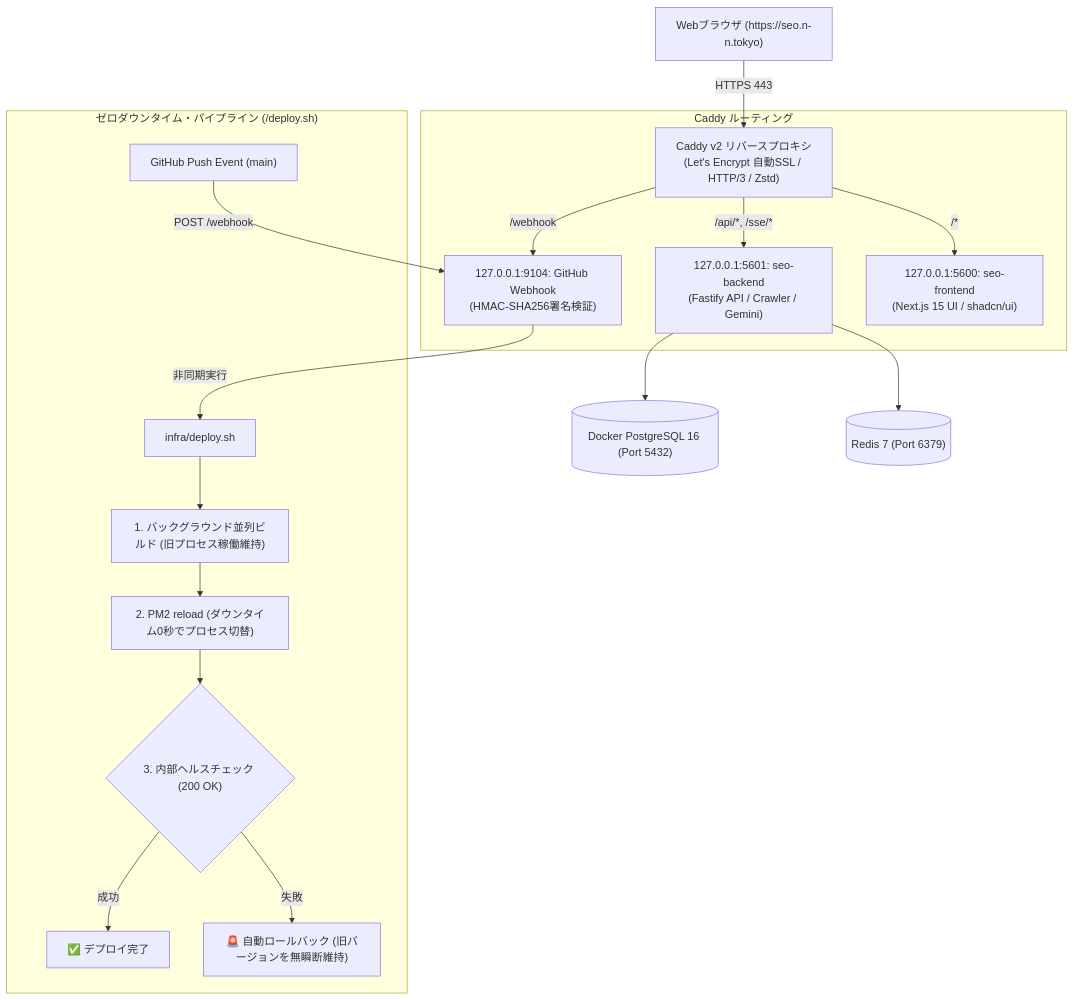
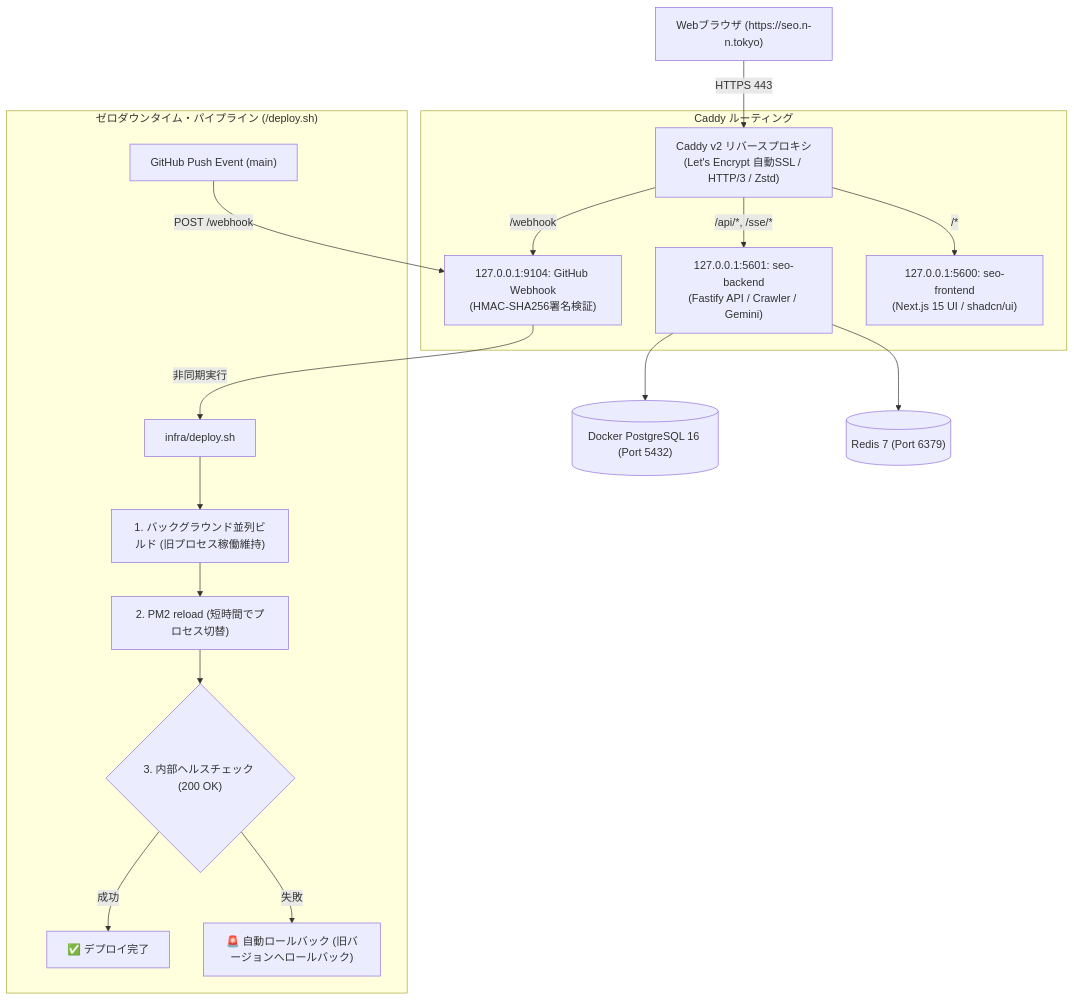
Before and after one commit to nntokyo/seo.n-n.tokyo: the diagram in README.md, drawn with Mermaid. The commit also changed other lines of this file and 17 other files, not shown here.

````diff
--- a/README.md
+++ b/README.md
@@ -41,23 +42,23 @@
 ```mermaid
 flowchart TD
     Client["Webブラウザ (https://seo.n-n.tokyo)"] -->|HTTPS 443| Caddy["Caddy v2 リバースプロキシ\n(Let's Encrypt 自動SSL / HTTP/3 / Zstd)"]
     
     subgraph Routing["Caddy ルーティング"]
         Caddy -->|/webhook| Webhook["127.0.0.1:9104: GitHub Webhook\n(HMAC-SHA256署名検証)"]
         Caddy -->|/api/*, /sse/*| Backend["127.0.0.1:5601: seo-backend\n(Fastify API / Crawler / Gemini)"]
         Caddy -->|/*| Frontend["127.0.0.1:5600: seo-frontend\n(Next.js 15 UI / shadcn/ui)"]
     end
 
     subgraph ZeroDowntime["ゼロダウンタイム・パイプライン (/deploy.sh)"]
         GitHub["GitHub Push Event (main)"] -->|POST /webhook| Webhook
         Webhook -->|非同期実行| DeployScript["infra/deploy.sh"]
         DeployScript --> Build["1. バックグラウンド並列ビルド (旧プロセス稼働維持)"]
-        Build --> Reload["2. PM2 reload (ダウンタイム0秒でプロセス切替)"]
+        Build --> Reload["2. PM2 reload (短時間でプロセス切替)"]
         Reload --> Health{"3. 内部ヘルスチェック (200 OK)"}
         Health -- 成功 --> Success["✅ デプロイ完了"]
-        Health -- 失敗 --> Rollback["🚨 自動ロールバック (旧バージョンを無瞬断維持)"]
+        Health -- 失敗 --> Rollback["🚨 自動ロールバック (旧バージョンへロールバック)"]
     end
 
     Backend --> Postgres[("Docker PostgreSQL 16 (Port 5432)")]
     Backend --> Redis[("Redis 7 (Port 6379)")]
 ```
````
